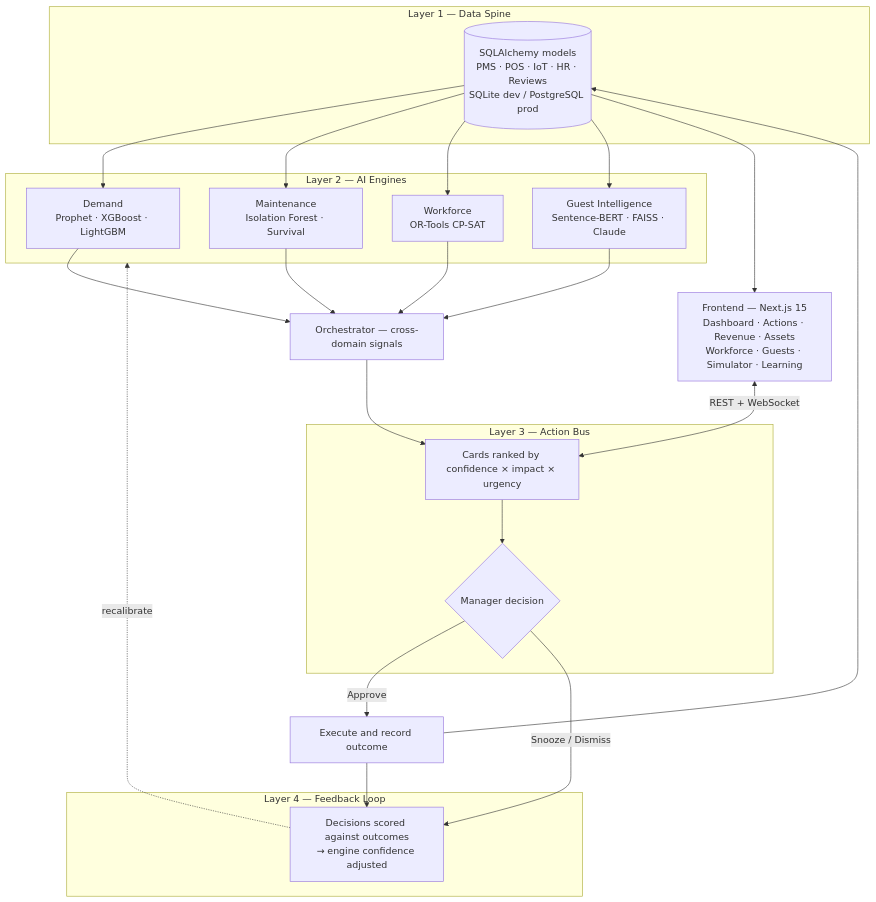
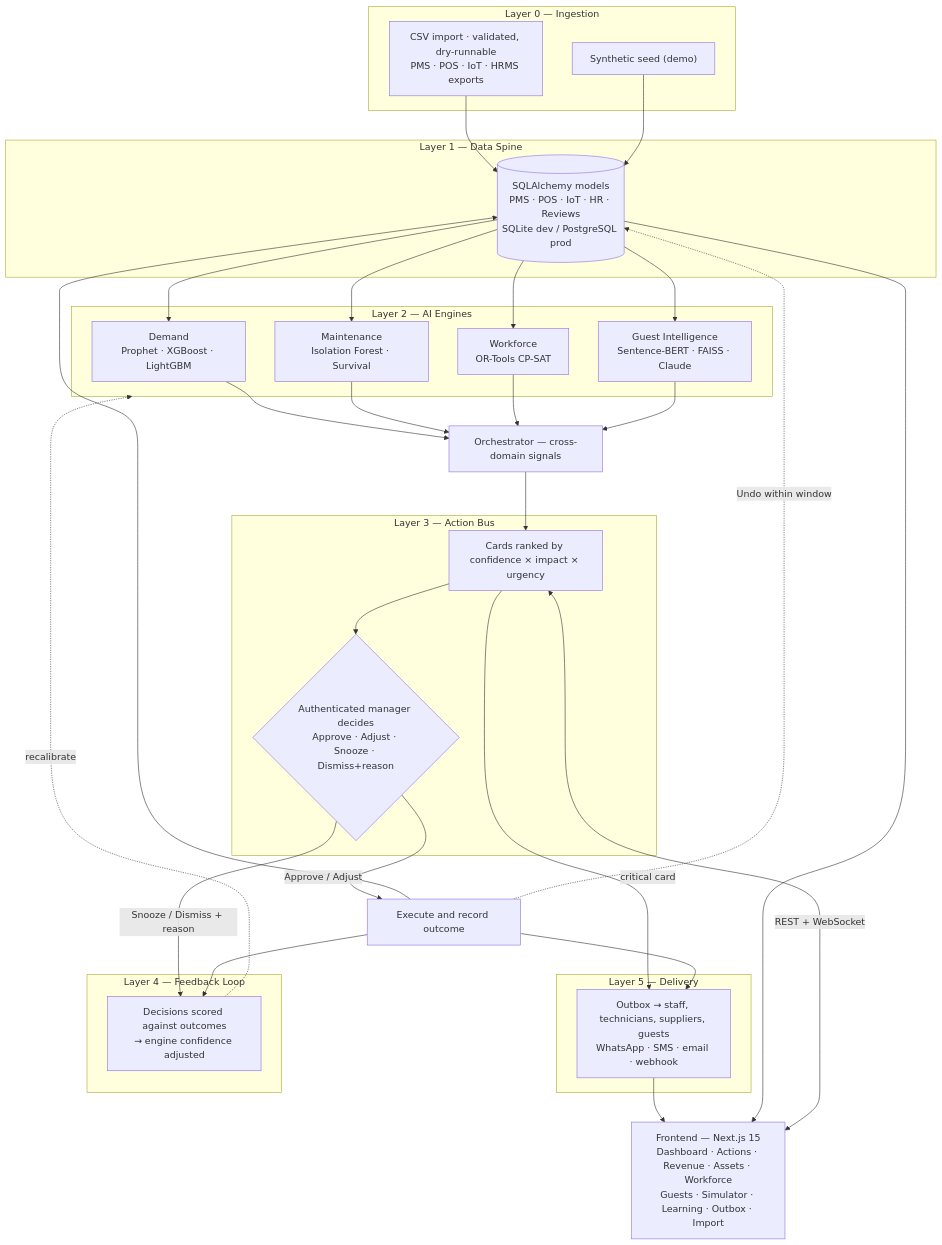
One commit to Harsh-bugs4ever/HackCelestial changed the diagram in README.md. Above: the diagram before and after it, drawn with Mermaid. The commit also changed other lines of this file and 44 other files, not shown here.

````diff
--- a/README.md
+++ b/README.md
@@ -13,38 +13,52 @@
 ```mermaid
 flowchart TD
+    subgraph L0["Layer 0 — Ingestion"]
+        CSV["CSV import · validated, dry-runnable<br/>PMS · POS · IoT · HRMS exports"]
+        SEED["Synthetic seed (demo)"]
+    end
+
     subgraph L1["Layer 1 — Data Spine"]
         DB[("SQLAlchemy models<br/>PMS · POS · IoT · HR · Reviews<br/>SQLite dev / PostgreSQL prod")]
     end
 
     subgraph L2["Layer 2 — AI Engines"]
         E1["Demand<br/>Prophet · XGBoost · LightGBM"]
         E2["Maintenance<br/>Isolation Forest · Survival"]
         E3["Workforce<br/>OR-Tools CP-SAT"]
         E4["Guest Intelligence<br/>Sentence-BERT · FAISS · Claude"]
     end
 
     ORCH["Orchestrator — cross-domain signals"]
 
     subgraph L3["Layer 3 — Action Bus"]
         BUS["Cards ranked by confidence × impact × urgency"]
-        DEC{"Manager decision"}
+        DEC{"Authenticated manager decides<br/>Approve · Adjust · Snooze · Dismiss+reason"}
+    end
+
+    subgraph L5["Layer 5 — Delivery"]
+        OUT["Outbox → staff, technicians, suppliers, guests<br/>WhatsApp · SMS · email · webhook"]
     end
 
     subgraph L4["Layer 4 — Feedback Loop"]
         FB["Decisions scored against outcomes<br/>→ engine confidence adjusted"]
     end
 
-    UI["Frontend — Next.js 15<br/>Dashboard · Actions · Revenue · Assets<br/>Workforce · Guests · Simulator · Learning"]
+    UI["Frontend — Next.js 15<br/>Dashboard · Actions · Revenue · Assets · Workforce<br/>Guests · Simulator · Learning · Outbox · Import"]
 
+    CSV & SEED --> DB
     DB --> E1 & E2 & E3 & E4
     E1 & E2 & E3 & E4 --> ORCH
     ORCH --> BUS
+    BUS -->|critical card| OUT
     BUS --> DEC
-    DEC -->|Approve| EXEC["Execute and record outcome"]
-    DEC -->|Snooze / Dismiss| FB
+    DEC -->|Approve / Adjust| EXEC["Execute and record outcome"]
+    DEC -->|Snooze / Dismiss + reason| FB
+    EXEC --> OUT
     EXEC --> FB
     EXEC --> DB
+    EXEC -.->|Undo within window| DB
     FB -.->|recalibrate| L2
     UI <-->|REST + WebSocket| BUS
+    OUT --> UI
     DB --> UI
 ```
````
